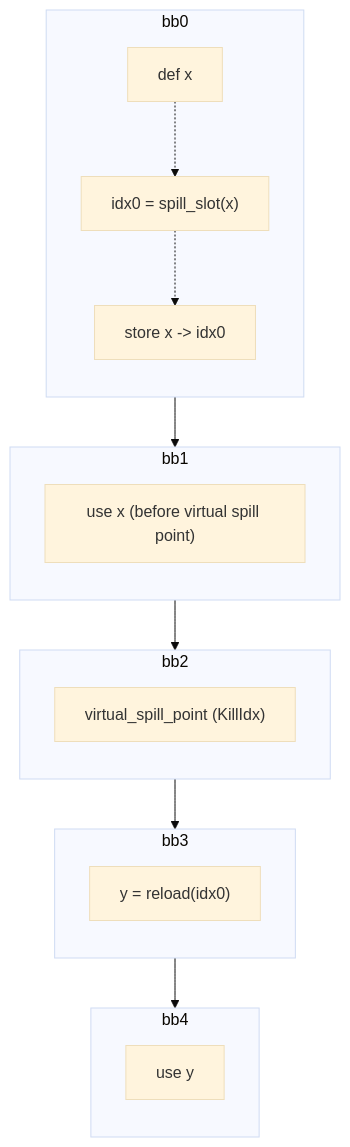
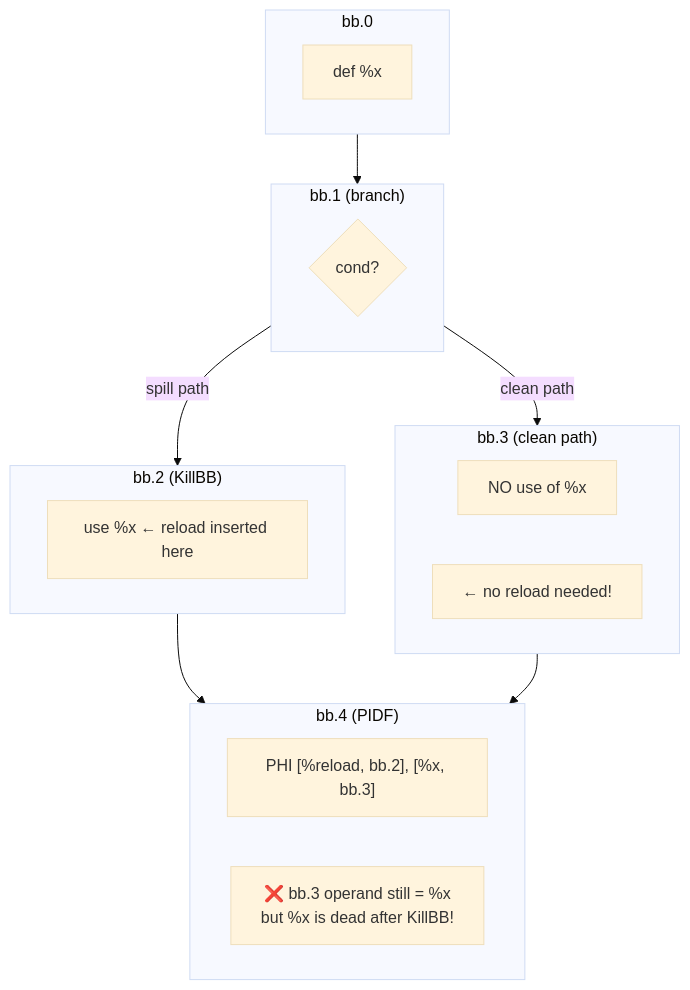
One commit to alex-t/ssa-spiller-docs changed the ninth of 15 diagrams in SSA_Spiller/04-Design/SSA_SPILLER_DESIGN.md. Above: the diagram before and after it, drawn with Mermaid (base theme). The commit also changed other lines of this file, not shown here.

````diff
--- a/SSA_Spiller/04-Design/SSA_SPILLER_DESIGN.md
+++ b/SSA_Spiller/04-Design/SSA_SPILLER_DESIGN.md
@@ -241,36 +381,30 @@
 ```mermaid
 flowchart TD
-  subgraph d_bb0[bb0]
-    direction TB
-    d_bb0_i1["def x"]
-    d_bb0_i2["idx0 = spill_slot(x)"]
-    d_bb0_i3["store x -> idx0"]
-    d_bb0_i1 -.-> d_bb0_i2
-    d_bb0_i2 -.-> d_bb0_i3
+  subgraph bb0["bb.0"]
+    def["def %x"]
   end
-
-  subgraph d_bb1[bb1]
-    direction TB
-    d_bb1_i1["use x (before virtual spill point)"]
+  
+  subgraph bb1["bb.1 (branch)"]
+    branch{"cond?"}
   end
-
-  subgraph d_bb2[bb2]
-    direction TB
-    d_bb2_i1["virtual_spill_point (KillIdx)"]
+  
+  subgraph bb2["bb.2 (KillBB)"]
+    use_spill["use %x ← reload inserted here"]
   end
-
-  subgraph d_bb3[bb3]
-    direction TB
-    d_bb3_i1["y = reload(idx0)"]
+  
+  subgraph bb3["bb.3 (clean path)"]
+    no_use["NO use of %x"]
+    note["← no reload needed!"]
   end
-
-  subgraph d_bb4[bb4]
-    direction TB
-    d_bb4_i1["use y"]
+  
+  subgraph bb4["bb.4 (PIDF)"]
+    phi["PHI [%reload, bb.2], [%x, bb.3]"]
+    problem["❌ bb.3 operand still = %x<br/>but %x is dead after KillBB!"]
   end
-
-  d_bb0_i3 --> d_bb1_i1
-  d_bb1_i1 --> d_bb2_i1
-  d_bb2_i1 --> d_bb3_i1
-  d_bb3_i1 --> d_bb4_i1
+  
+  bb0 --> bb1
+  bb1 -->|"spill path"| bb2
+  bb1 -->|"clean path"| bb3
+  bb2 --> bb4
+  bb3 --> bb4
 ```
````
